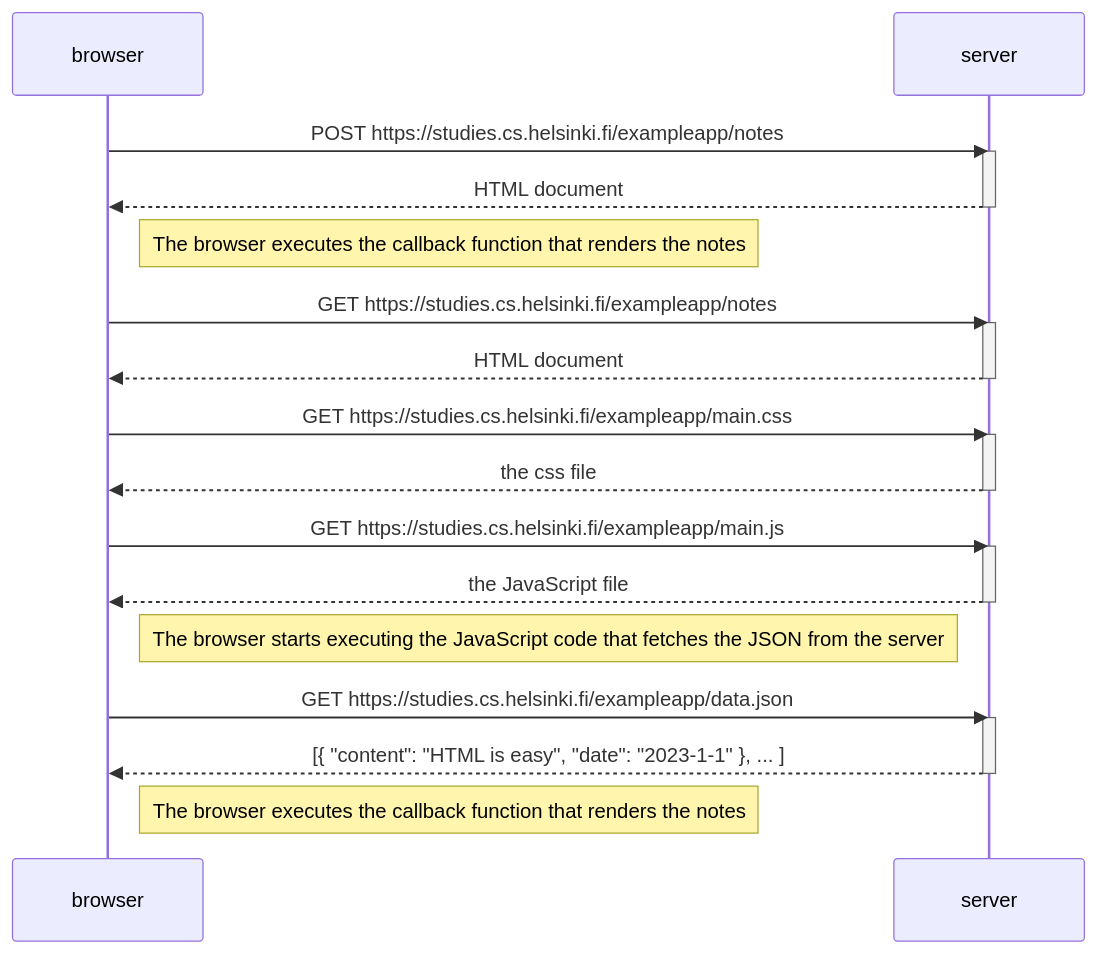
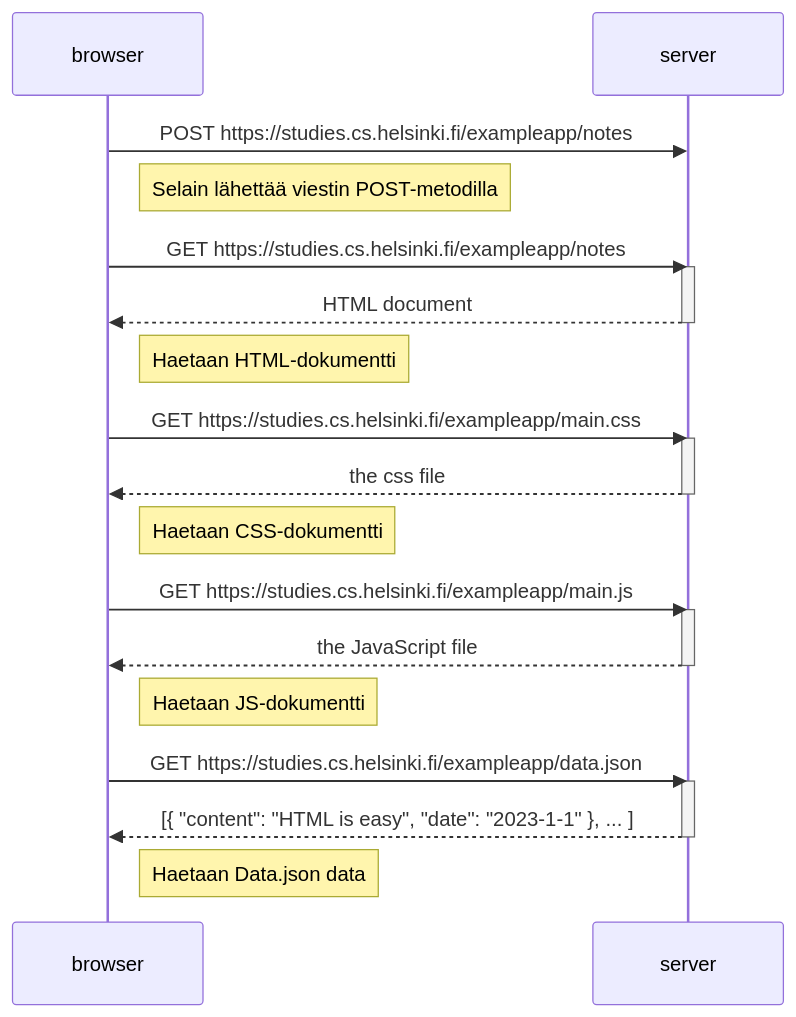
One commit to TopiPajukko/FullStackPalautukset changed the diagram in Osa0.4.md. Above: the diagram before and after it, drawn with Mermaid.

Commit message:
muokattu

````diff
--- a/Osa0.4.md
+++ b/Osa0.4.md
@@ -1,36 +1,37 @@
 ```mermaid
 sequenceDiagram
     participant browser
     participant server
 
     browser->>server: POST https://studies.cs.helsinki.fi/exampleapp/notes
-    activate server
-    server-->>browser: HTML document
-    deactivate server
 
-    Note right of browser: The browser executes the callback function that renders the notes 
+    Note right of browser: Selain lähettää viestin POST-metodilla
     
     browser->>server: GET https://studies.cs.helsinki.fi/exampleapp/notes
     activate server
     server-->>browser: HTML document
     deactivate server
+
+    Note right of browser: Haetaan HTML-dokumentti
     
     browser->>server: GET https://studies.cs.helsinki.fi/exampleapp/main.css
     activate server
     server-->>browser: the css file
     deactivate server
+
+    Note right of browser: Haetaan CSS-dokumentti
     
     browser->>server: GET https://studies.cs.helsinki.fi/exampleapp/main.js
     activate server
     server-->>browser: the JavaScript file
     deactivate server
-    
-    Note right of browser: The browser starts executing the JavaScript code that fetches the JSON from the server
+
+    Note right of browser: Haetaan JS-dokumentti
     
     browser->>server: GET https://studies.cs.helsinki.fi/exampleapp/data.json
     activate server
     server-->>browser: [{ "content": "HTML is easy", "date": "2023-1-1" }, ... ]
     deactivate server    
 
-    Note right of browser: The browser executes the callback function that renders the notes 
+    Note right of browser: Haetaan Data.json data
 ```
````
